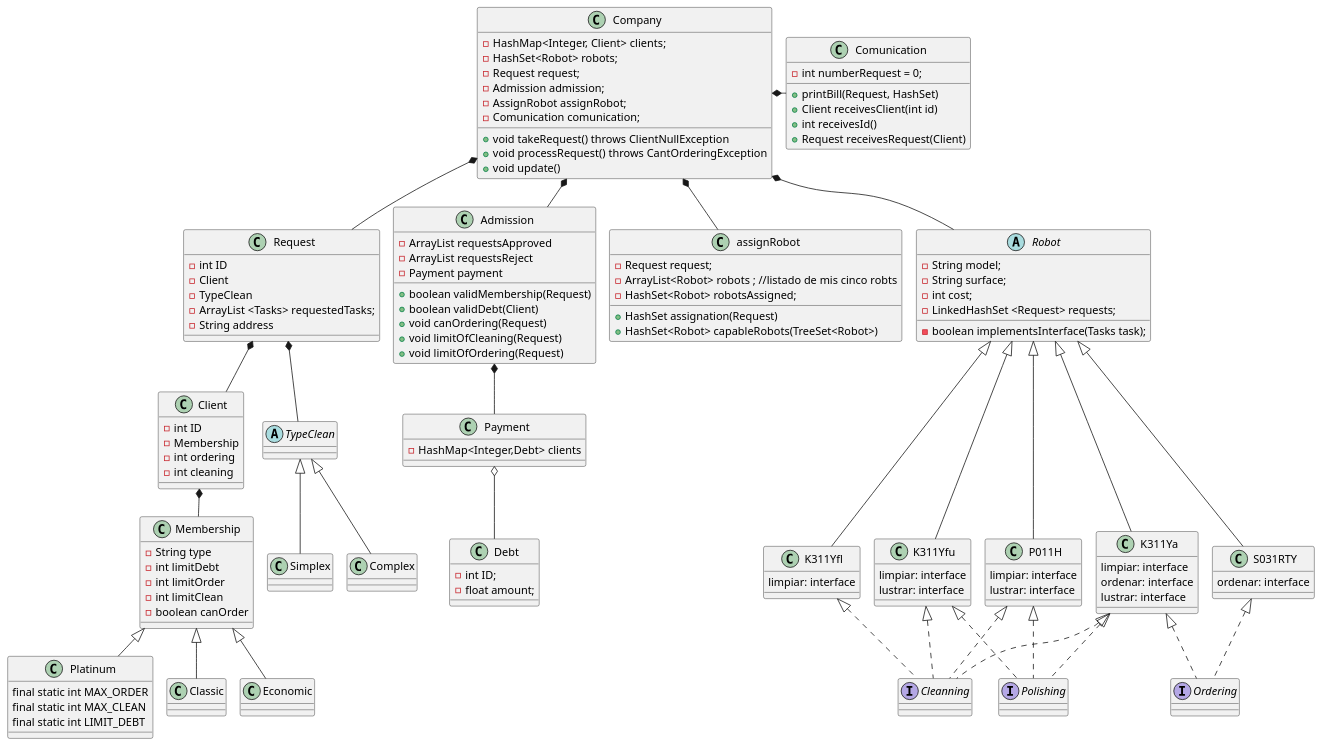
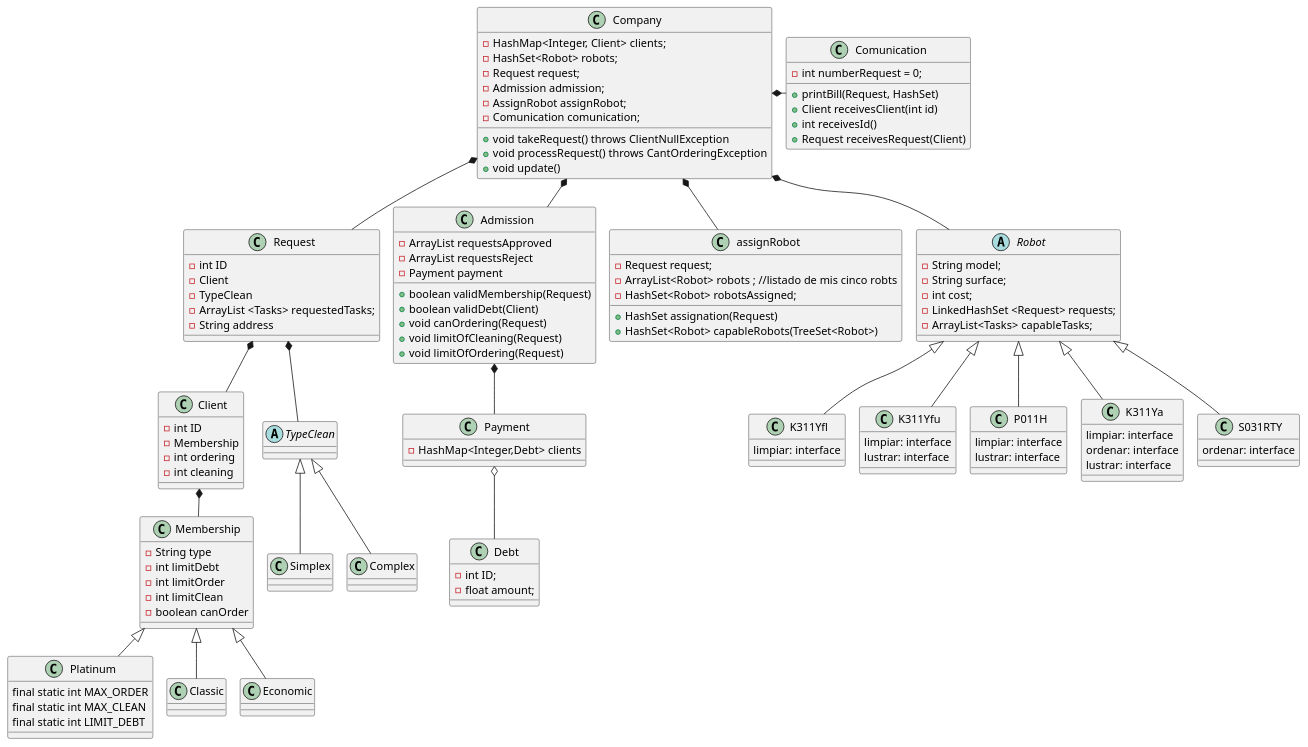
The diagram in diagramas/diagrama_final.puml (Grupo-3-Labo-y-prog/RobotsTP), drawn with PlantUML before and after one commit. The commit also changed 13 other files, not shown here.

```diff
--- a/diagramas/diagrama_final.puml
+++ b/diagramas/diagrama_final.puml
@@ -1,187 +1,175 @@
 @startuml
 'https://plantuml.com/class-diagram
 !pragma layout smetana
 class Client
 class Membership
 class Platinum
 class Classic
 class Economic
 class Request
 abstract class TypeClean
 class Simplex
 class Complex
 class Admission
 class Company
 class assignRobot
 class Payment
 abstract class Robot
-interface Ordering
-interface Cleanning
-interface Polishing
 class K311Yfl
 class K311Yfu
 class P011H
 class K311Ya
 class S031RTY
 
 
 Client *-- Membership
 Membership <|-- Platinum
 Membership <|-- Classic
 Membership <|-- Economic
 Company *-- Admission
 Company *-- assignRobot
 Company *- Comunication
 Company *-- Robot
 Company *-- Request
 Request *-- Client
 Request *-- TypeClean
 TypeClean <|-- Simplex
 TypeClean <|-- Complex
-Robot <|--- K311Ya
-Robot <|---S031RTY
-Robot <|---P011H
-Robot <|---K311Yfu
-Robot <|--- K311Yfl
-K311Yfl <|.. Cleanning
-K311Ya <|.. Cleanning
-K311Ya <|..Polishing
-K311Ya <|.. Ordering
-S031RTY <|.. Ordering
-P011H <|.. Polishing
-P011H <|.. Cleanning
-K311Yfu <|.. Cleanning
-K311Yfu <|.. Polishing
+Robot <|-- K311Ya
+Robot <|--S031RTY
+Robot <|--P011H
+Robot <|--K311Yfu
+Robot <|-- K311Yfl
 Admission *-- Payment
 Payment o-- Debt
 
 class Debt{
 - int ID;
 - float amount;
 }
 
 Class Comunication{
 - int numberRequest = 0;
 +printBill(Request, HashSet)
 +Client receivesClient(int id)
 +int receivesId()
 +Request receivesRequest(Client)
 }
 
 abstract class Robot{
 -String model;
 -String surface;
 -int cost;
 -LinkedHashSet <Request> requests;
--boolean implementsInterface(Tasks task);
+-ArrayList<Tasks> capableTasks;
 
 }
 
 class Payment{
 -HashMap<Integer,Debt> clients
 }
 
 class Company{
 
 - HashMap<Integer, Client> clients;
     - HashSet<Robot> robots;
     - Request request;
     - Admission admission;
     - AssignRobot assignRobot;
     - Comunication comunication;
 
 'llama a admission
 +void takeRequest() throws ClientNullException
 +void processRequest() throws CantOrderingException
 +void update()
 
 }
 
 'posible clase
 class Admission{
 -ArrayList requestsApproved
 -ArrayList requestsReject
 -Payment payment
 '-ArrayList clients
 
 'ej: pedir un ordenamiento cuando no puede
 +boolean validMembership(Request)
 +boolean validDebt(Client)
 + void canOrdering(Request)
 +void limitOfCleaning(Request)
 +void limitOfOrdering(Request)
 
 
 }
 
 
 class assignRobot{
 -Request request;
 -ArrayList<Robot> robots ; //listado de mis cinco robts
 -HashSet<Robot> robotsAssigned;
 
 +HashSet assignation(Request)
 +HashSet<Robot> capableRobots(TreeSet<Robot>)
 
 
 'while Entities.Request.tareas != null
     'recorro robots: if(robot instanceOf tarea) --> resultado.add(Robots.Robot,tarea)
     'itero a la siguiente tarea
     'si el robot siguiente puede hacer la otra tarea: if(robot instanceOf tarea) --> resultado.add(Robots.Robot,tarea) /se va a pisar en el mismo robot la segunda tarea (como es tree no se duplica el robot y asumo que ambas tareas la hace un solo robot. Por ahora solo asigno uno
     'else (robot !instanceOf tarea)- voy al sig robot y así sucesivamente hasta que encuentro otro robot --> resultado.add(Robots.Robot,tarea)
     'Aca se va a crear otro nodo de Robots.Robot voy a tener dos elementos en resultado: resultado(1): Robots.Robot XXX/LIMPIEZA - Robots.Robot YYY/ ORDENAM etc.
     'voy a retornar el hashMap resultado y al iterarlo voy a saber que robots asigne
 }
 
 
 class Request{
 -int ID
 -Client
 -TypeClean
 -ArrayList <Tasks> requestedTasks;
 -String address
 }
 
 
 class Client{
 -int ID
 -Membership
 -int ordering
 -int cleaning
 'String address?
 }
 
 class Membership{
 -String type
 -int limitDebt
 -int limitOrder
 -int limitClean
 -boolean canOrder
 }
 
 class Platinum{
 final static int MAX_ORDER
 final static int MAX_CLEAN
 final static int LIMIT_DEBT
 }
 
 class K311Yfl{
 limpiar: interface
 }
 class K311Yfu{
 limpiar: interface
 lustrar: interface
 }
 class P011H{
 limpiar: interface
 lustrar: interface
 }
 class S031RTY{
 ordenar: interface
 }
 class K311Ya{
 limpiar: interface
 ordenar: interface
 lustrar: interface
 }
 @enduml
```
